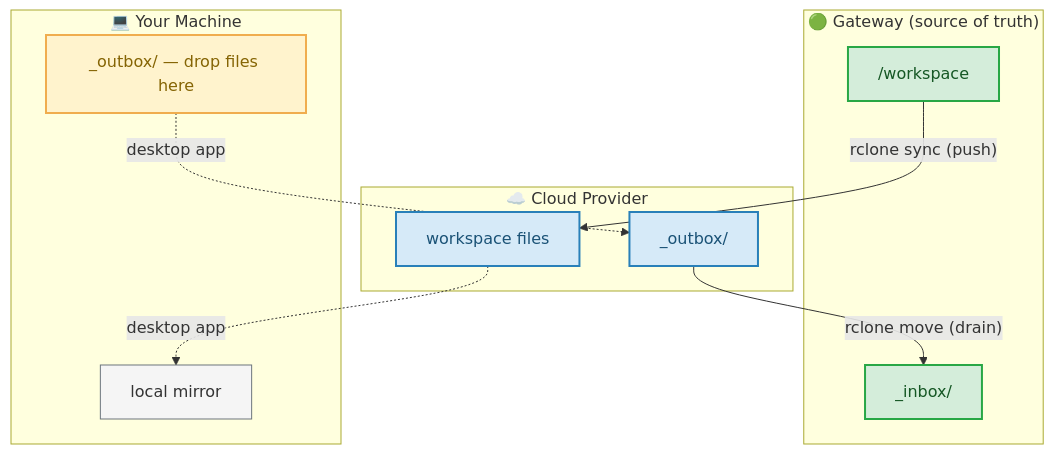
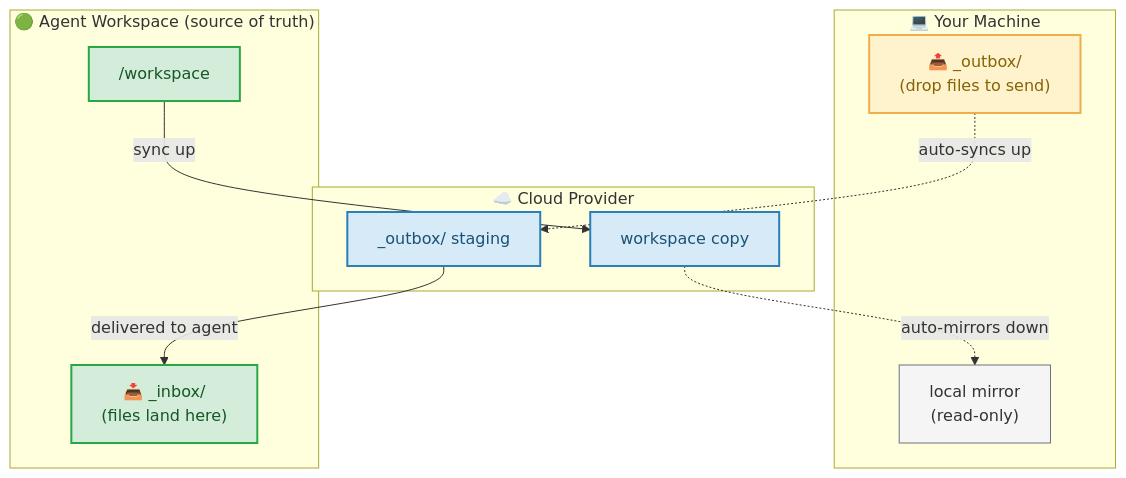
The first of 3 diagrams in README.md (ashbrener/openclaw-workspace-sync), drawn with Mermaid before and after one commit.

Commit message:
fix: flip mailbox diagram to user-first perspective, simpler labels

````diff
--- a/README.md
+++ b/README.md
@@ -44,32 +44,32 @@
 ```mermaid
 flowchart TB
-    subgraph GW["🟢 Gateway (source of truth)"]
-        WS["/workspace"]
-        INBOX["_inbox/"]
+    subgraph LOCAL["💻 Your Machine"]
+        LM["local mirror\n(read-only)"]
+        OUTBOX_L["📤 _outbox/\n(drop files to send)"]
     end
 
     subgraph CLOUD["☁️ Cloud Provider"]
-        CF["workspace files"]
-        OUTBOX_C["_outbox/"]
+        CF["workspace copy"]
+        OUTBOX_C["_outbox/ staging"]
     end
 
-    subgraph LOCAL["💻 Your Machine"]
-        LM["local mirror"]
-        OUTBOX_L["_outbox/ — drop files here"]
+    subgraph GW["🟢 Agent Workspace (source of truth)"]
+        WS["/workspace"]
+        INBOX["📥 _inbox/\n(files land here)"]
     end
 
-    WS -- "rclone sync (push)" --> CF
-    CF -. "desktop app" .-> LM
-    OUTBOX_L -. "desktop app" .-> OUTBOX_C
-    OUTBOX_C -- "rclone move (drain)" --> INBOX
+    WS -- "sync up" --> CF
+    CF -. "auto-mirrors down" .-> LM
+    OUTBOX_L -. "auto-syncs up" .-> OUTBOX_C
+    OUTBOX_C -- "delivered to agent" --> INBOX
 
     classDef gateway fill:#d4edda,stroke:#28a745,stroke-width:2px,color:#155724
     classDef cloud fill:#d6eaf8,stroke:#2980b9,stroke-width:2px,color:#1a5276
     classDef local fill:#f5f5f5,stroke:#6c757d,stroke-width:1px,color:#333
     classDef exchange fill:#fff3cd,stroke:#f0ad4e,stroke-width:2px,color:#856404
 
     class WS,INBOX gateway
     class CF,OUTBOX_C cloud
     class LM local
     class OUTBOX_L exchange
 ```
````
